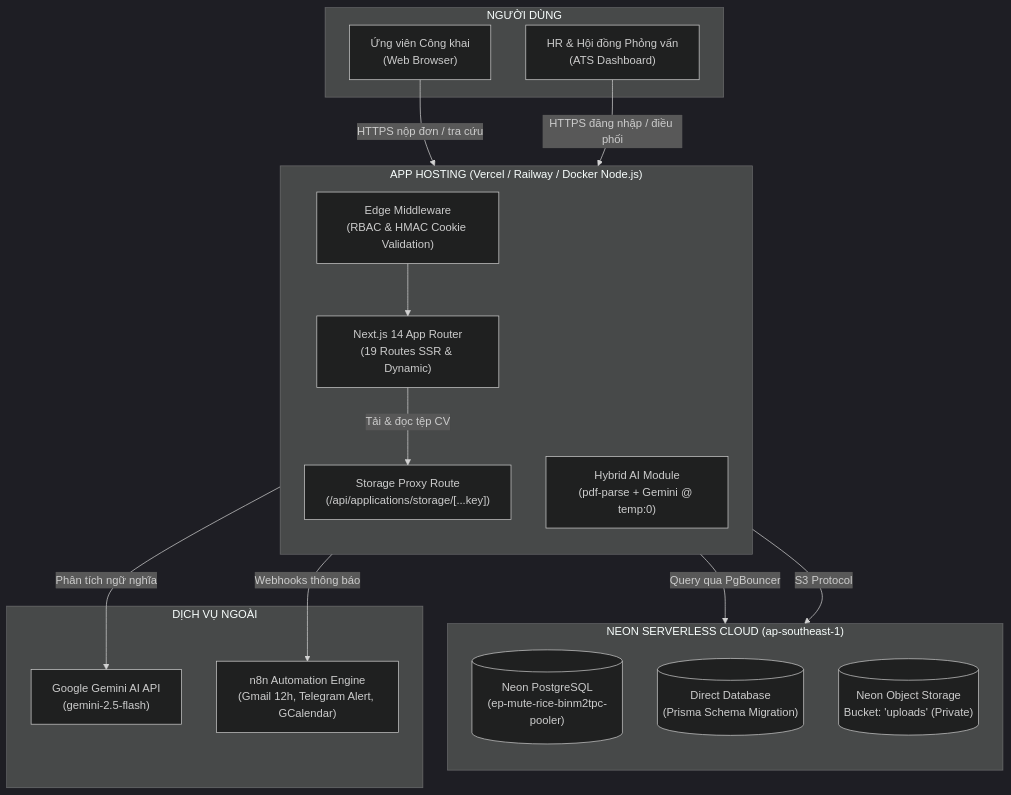
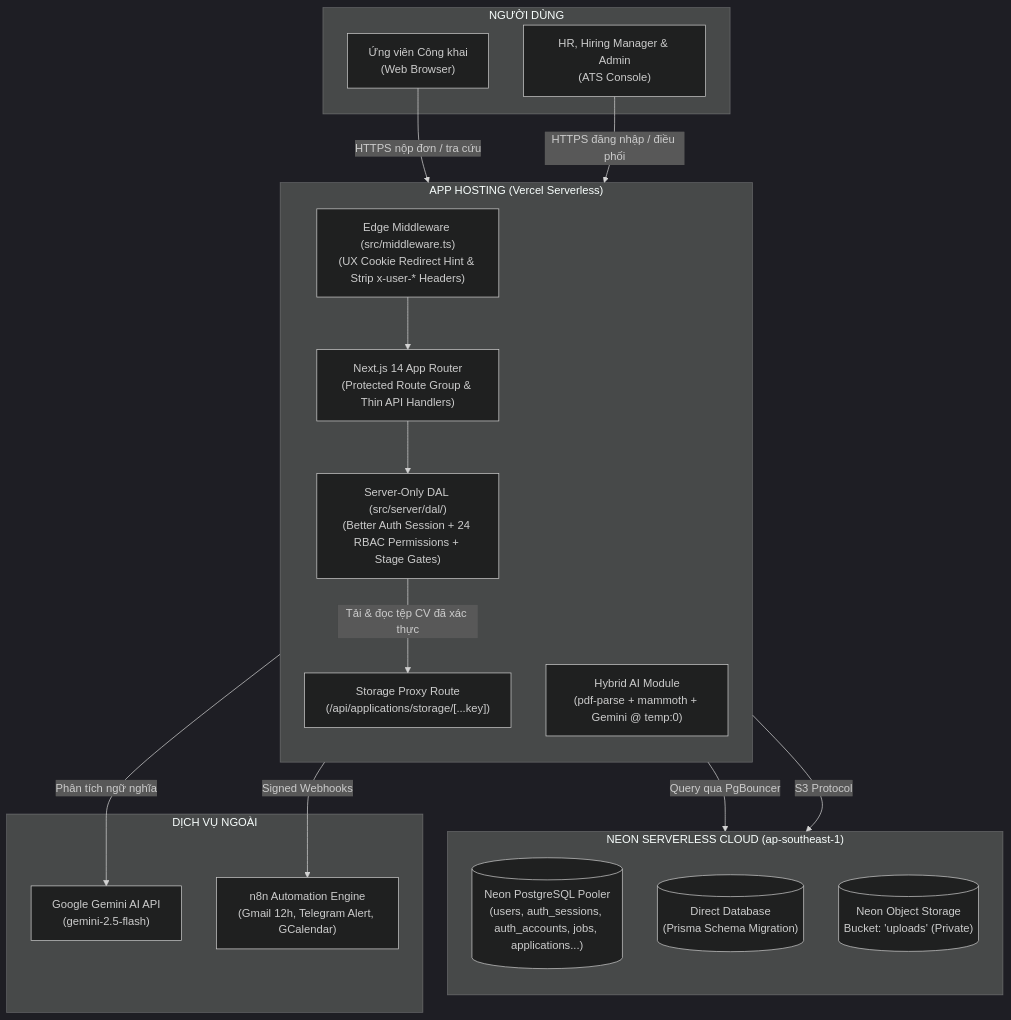
The diagram in docs/dev-context/STAGING_DEPLOYMENT_GUIDE.md (TheBigMouse-Fstack/ats-applicant_tracking_system), drawn with Mermaid (dark theme) before and after one commit. The commit also changed other lines of this file and 76 other files, not shown here.

Commit message:
feat(ats-002): migrate internal auth to Better Auth, add server-only DAL, and sync living docs

````diff
--- a/docs/dev-context/STAGING_DEPLOYMENT_GUIDE.md
+++ b/docs/dev-context/STAGING_DEPLOYMENT_GUIDE.md
@@ -44,36 +46,38 @@
 ```mermaid
 flowchart TB
     subgraph USERS ["NGƯỜI DÙNG"]
         CANDIDATES["Ứng viên Công khai<br>(Web Browser)"]
-        INTERNAL["HR & Hội đồng Phỏng vấn<br>(ATS Dashboard)"]
+        INTERNAL["HR, Hiring Manager & Admin<br>(ATS Console)"]
     end
 
-    subgraph HOSTING ["APP HOSTING (Vercel / Railway / Docker Node.js)"]
+    subgraph HOSTING ["APP HOSTING (Vercel Serverless)"]
         direction TB
-        NEXT_APP["Next.js 14 App Router<br>(19 Routes SSR & Dynamic)"]
-        MIDDLEWARE["Edge Middleware<br>(RBAC & HMAC Cookie Validation)"]
+        MIDDLEWARE["Edge Middleware (src/middleware.ts)<br>(UX Cookie Redirect Hint & Strip x-user-* Headers)"]
+        NEXT_APP["Next.js 14 App Router<br>(Protected Route Group & Thin API Handlers)"]
+        DAL["Server-Only DAL (src/server/dal/)<br>(Better Auth Session + 24 RBAC Permissions + Stage Gates)"]
         PROXY_ROUTE["Storage Proxy Route<br>(/api/applications/storage/[...key])"]
-        AI_MODULE["Hybrid AI Module<br>(pdf-parse + Gemini @ temp:0)"]
+        AI_MODULE["Hybrid AI Module<br>(pdf-parse + mammoth + Gemini @ temp:0)"]
     end
 
     subgraph NEON_CLOUD ["NEON SERVERLESS CLOUD (ap-southeast-1)"]
         direction TB
-        POSTGRES_POOLER[("Neon PostgreSQL<br>(ep-mute-rice-binm2tpc-pooler)")]
+        POSTGRES_POOLER[("Neon PostgreSQL Pooler<br>(users, auth_sessions, auth_accounts, jobs, applications...)")]
         POSTGRES_DIRECT[("Direct Database<br>(Prisma Schema Migration)")]
         NEON_S3[("Neon Object Storage<br>Bucket: 'uploads' (Private)")]
     end
 
     subgraph EXTERNAL_SERVICES ["DỊCH VỤ NGOÀI"]
         GEMINI_API["Google Gemini AI API<br>(gemini-2.5-flash)"]
         N8N_ENGINE["n8n Automation Engine<br>(Gmail 12h, Telegram Alert, GCalendar)"]
     end
 
     CANDIDATES -->|HTTPS nộp đơn / tra cứu| NEXT_APP
     INTERNAL -->|HTTPS đăng nhập / điều phối| MIDDLEWARE
     MIDDLEWARE --> NEXT_APP
-    NEXT_APP -->|Query qua PgBouncer| POSTGRES_POOLER
-    NEXT_APP -->|Tải & đọc tệp CV| PROXY_ROUTE
+    NEXT_APP --> DAL
+    DAL -->|Query qua PgBouncer| POSTGRES_POOLER
+    DAL -->|Tải & đọc tệp CV đã xác thực| PROXY_ROUTE
     PROXY_ROUTE -->|S3 Protocol| NEON_S3
     AI_MODULE -->|Phân tích ngữ nghĩa| GEMINI_API
-    NEXT_APP -->|Webhooks thông báo| N8N_ENGINE
+    DAL -->|Signed Webhooks| N8N_ENGINE
 ```
````
